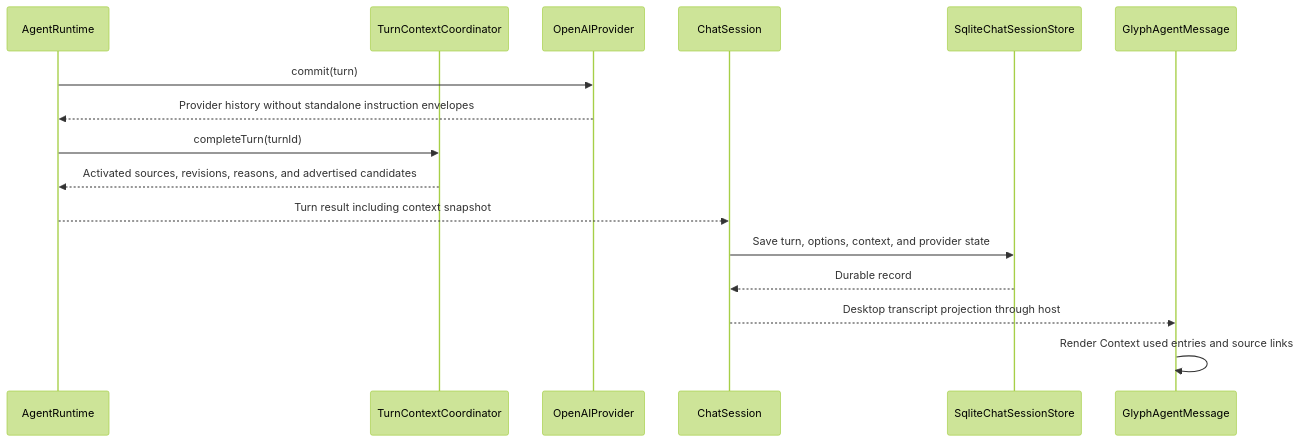
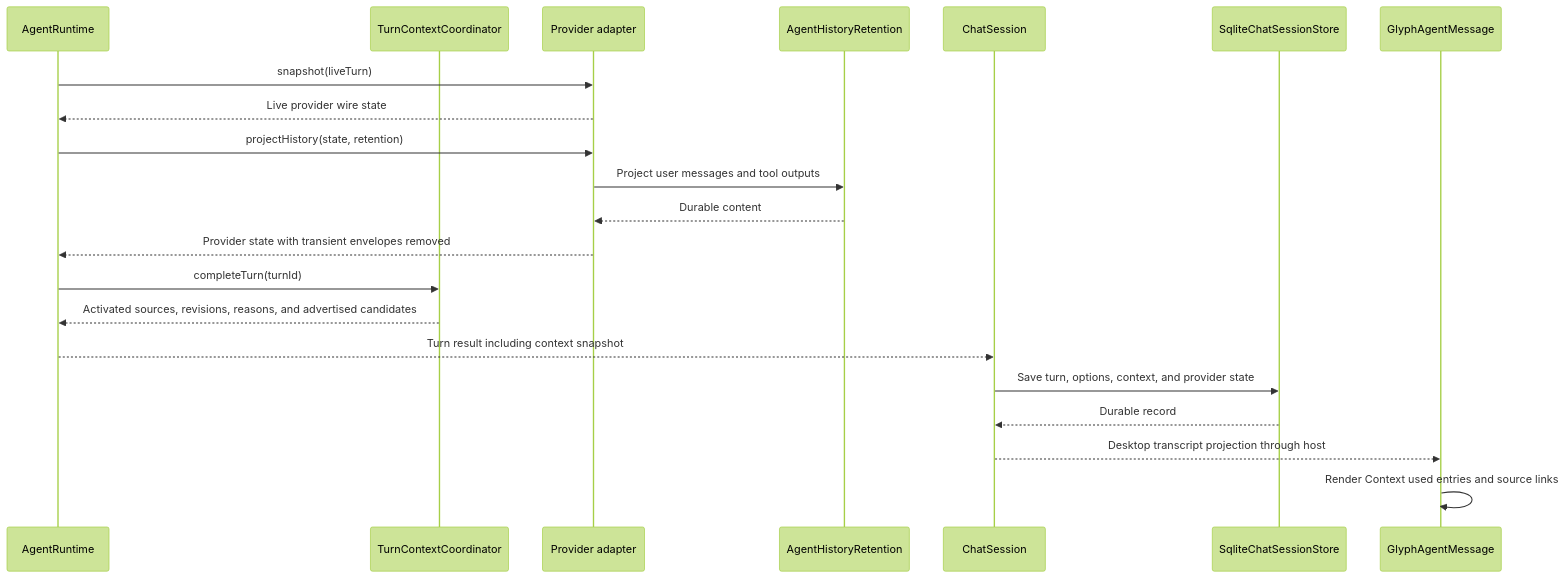
One commit to danceroutine/Glyph changed the seventh of 7 diagrams in docs/AGENT_INSTRUCTIONS.md. Above: the diagram before and after it, drawn with Mermaid (forest theme). The commit also changed other lines of this file and 121 other files, not shown here.

````diff
--- a/docs/AGENT_INSTRUCTIONS.md
+++ b/docs/AGENT_INSTRUCTIONS.md
@@ -296,19 +312,24 @@
 ```mermaid
 sequenceDiagram
     participant Runtime as AgentRuntime
     participant Coordinator as TurnContextCoordinator
-    participant Adapter as OpenAIProvider
+    participant Adapter as Provider adapter
+    participant Retention as AgentHistoryRetention
     participant Chat as ChatSession
     participant Store as SqliteChatSessionStore
     participant UI as GlyphAgentMessage
 
-    Runtime->>Adapter: commit(turn)
-    Adapter-->>Runtime: Provider history without standalone instruction envelopes
+    Runtime->>Adapter: snapshot(liveTurn)
+    Adapter-->>Runtime: Live provider wire state
+    Runtime->>Adapter: projectHistory(state, retention)
+    Adapter->>Retention: Project user messages and tool outputs
+    Retention-->>Adapter: Durable content
+    Adapter-->>Runtime: Provider state with transient envelopes removed
     Runtime->>Coordinator: completeTurn(turnId)
     Coordinator-->>Runtime: Activated sources, revisions, reasons, and advertised candidates
     Runtime-->>Chat: Turn result including context snapshot
     Chat->>Store: Save turn, options, context, and provider state
     Store-->>Chat: Durable record
     Chat-->>UI: Desktop transcript projection through host
     UI->>UI: Render Context used entries and source links
 ```
````
